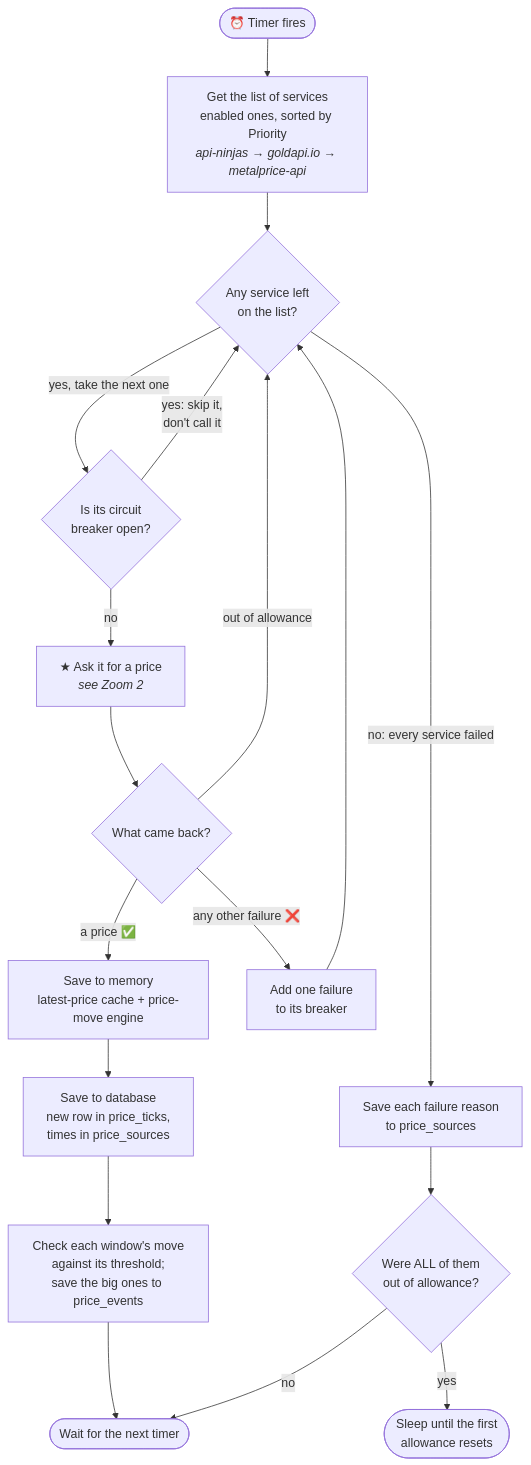
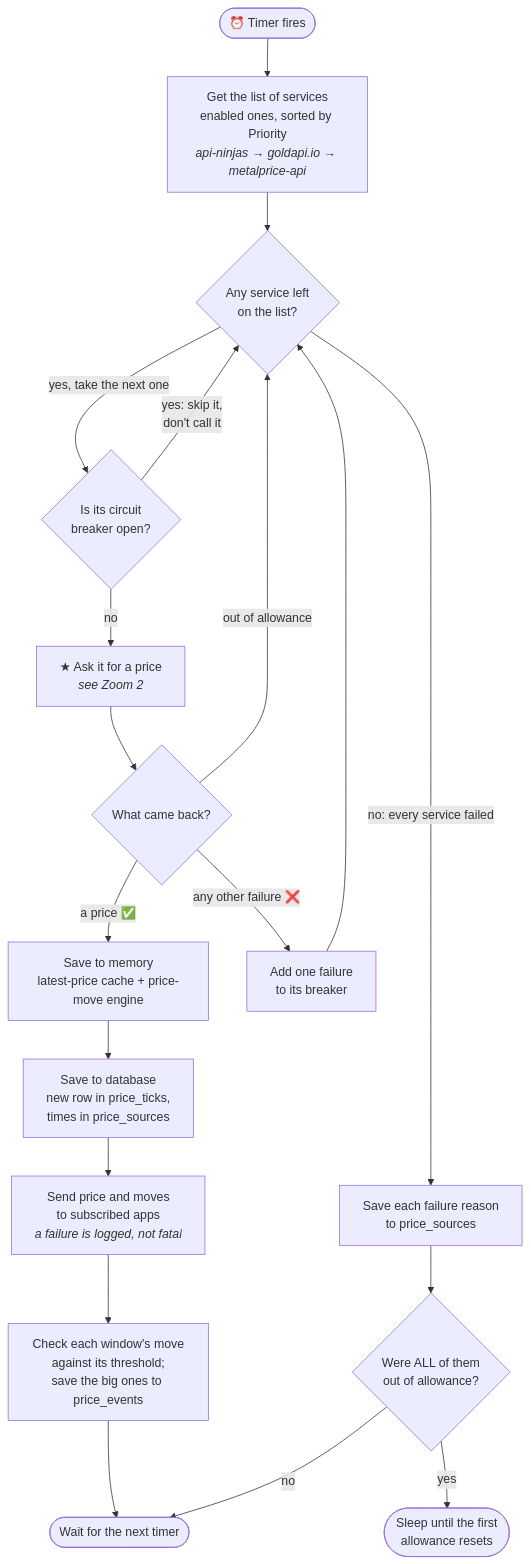
The third of 4 diagrams in docs/code-overview.md (avolel/aurum), drawn with Mermaid before and after one commit. The commit also changed other lines of this file and 15 other files, not shown here.

First line of the commit message:
Send live prices to apps over SignalR (item 7)

````diff
--- a/docs/code-overview.md
+++ b/docs/code-overview.md
@@ -264,24 +282,25 @@
 ```mermaid
 flowchart TD
     A(["⏰ Timer fires"]) --> B["Get the list of services<br/>enabled ones, sorted by Priority<br/><i>api-ninjas → goldapi.io → metalprice-api</i>"]
     B --> C{"Any service left<br/>on the list?"}
 
     C -- "yes, take the next one" --> D{"Is its circuit<br/>breaker open?"}
     D -- "yes: skip it,<br/>don't call it" --> C
     D -- "no" --> E["★ Ask it for a price<br/><i>see Zoom 2</i>"]
 
     E --> F{"What came back?"}
     F -- "a price ✅" --> G["Save to memory<br/>latest-price cache + price-move engine"]
     G --> H["Save to database<br/>new row in price_ticks,<br/>times in price_sources"]
-    H --> E2["Check each window's move<br/>against its threshold;<br/>save the big ones to price_events"]
+    H --> SEND["Send price and moves<br/>to subscribed apps<br/><i>a failure is logged, not fatal</i>"]
+    SEND --> E2["Check each window's move<br/>against its threshold;<br/>save the big ones to price_events"]
     E2 --> Z(["Wait for the next timer"])
 
     F -- "out of allowance" --> C
     F -- "any other failure ❌" --> I["Add one failure<br/>to its breaker"]
     I --> C
 
     C -- "no: every service failed" --> J["Save each failure reason<br/>to price_sources"]
     J --> K{"Were ALL of them<br/>out of allowance?"}
     K -- "yes" --> L(["Sleep until the first<br/>allowance resets"])
     K -- "no" --> Z
 ```
````
